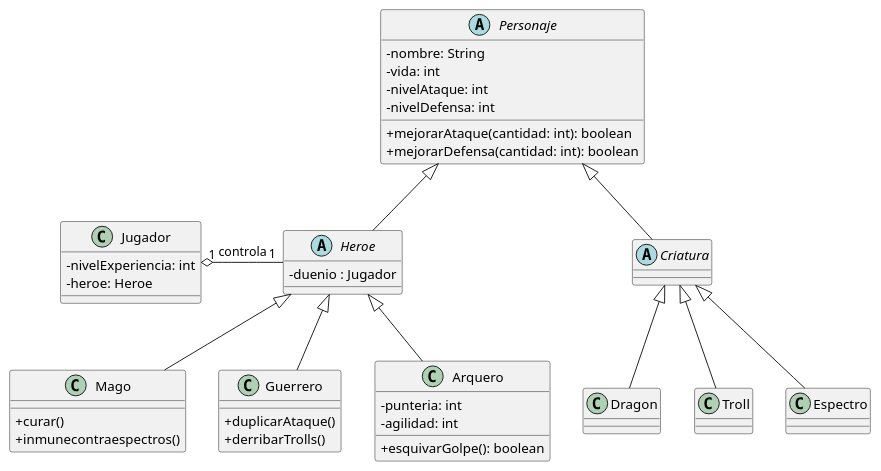
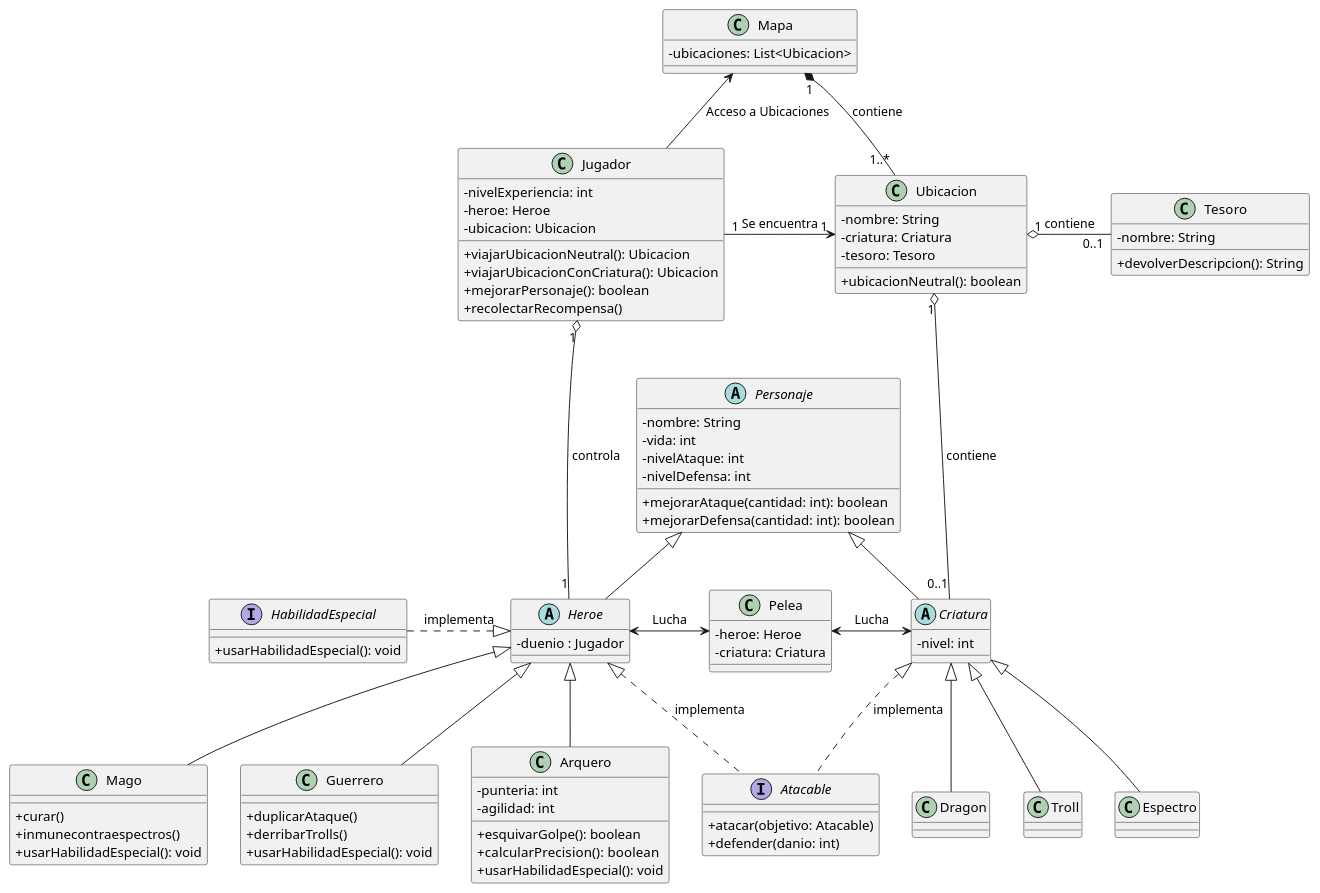
The diagram in El Desafío del Reino Encantado/diagramaUML.puml (lucas-abalos/POO_24C2_TPO_Grupo-numerogrupo-), drawn with PlantUML before and after one commit.

Commit message:
Terminé de diagramar de forma genérica el TP
Terminé de diagramar de forma genérica el TP, falta realizar ajustes y revisar funcionalidades

```diff
--- a/El Desafío del Reino Encantado/diagramaUML.puml
+++ b/El Desafío del Reino Encantado/diagramaUML.puml
@@ -1,63 +1,111 @@
 @startuml reinoEncantado
 skinparam classAttributeIconSize 0
 
 class Jugador{
 - nivelExperiencia: int
 - heroe: Heroe
+- ubicacion: Ubicacion
++ viajarUbicacionNeutral(): Ubicacion
++ viajarUbicacionConCriatura(): Ubicacion
++ mejorarPersonaje(): boolean
++ recolectarRecompensa()
 }
 
 abstract class Personaje{
 - nombre: String
 - vida: int
 - nivelAtaque: int
 - nivelDefensa: int
 + mejorarAtaque(cantidad: int): boolean
 + mejorarDefensa(cantidad: int): boolean
 }
 
 abstract class Heroe{
 - duenio : Jugador
 }
 
 abstract class Criatura{
+- nivel: int
+}
+
+interface HabilidadEspecial{
++ usarHabilidadEspecial(): void
 }
 
 class Mago{
 + curar()
 + inmunecontraespectros()
++ usarHabilidadEspecial(): void
 }
 
 class Guerrero{
 + duplicarAtaque()
 + derribarTrolls()
++ usarHabilidadEspecial(): void
 }
 
 class Arquero{
 - punteria: int
 - agilidad: int
 + esquivarGolpe(): boolean
++ calcularPrecision():  boolean
++ usarHabilidadEspecial(): void
 }
 
 class Dragon{
 }
 
 class Troll{
 }
 
 class Espectro{
+}
+
+interface Atacable{
++ atacar(objetivo: Atacable)
++ defender(danio: int)
+}
+
+class Pelea{
+-heroe: Heroe
+-criatura: Criatura
+}
+
+class Mapa{
+- ubicaciones: List<Ubicacion>
+}
+
+class Ubicacion{
+- nombre: String
+- criatura: Criatura
+- tesoro: Tesoro
++ ubicacionNeutral(): boolean
+}
+
+class Tesoro{
+- nombre: String
++ devolverDescripcion(): String
 }
 
 
 Jugador "1" o- "1" Heroe: controla
 Personaje <|-- Heroe
 Personaje <|-- Criatura
 Heroe <|-- Arquero
 Heroe <|-- Mago
 Heroe <|-- Guerrero
 Criatura <|-- Dragon
 Criatura <|-- Troll
 Criatura <|-- Espectro
-
-
+Heroe <-> Pelea: Lucha
+Pelea <-> Criatura: Lucha
+Heroe <|.. Atacable: implementa
+Criatura <|.. Atacable: implementa
+Mapa <-- Jugador: Acceso a Ubicaciones
+Jugador "1" -> "1" Ubicacion: Se encuentra
+Mapa "1" *- "1..*" Ubicacion: contiene
+Ubicacion "1" o--- "0..1" Criatura: contiene
+Ubicacion "1" o- "0..1" Tesoro: contiene
+HabilidadEspecial .|> Heroe : implementa
 
 @enduml
```
